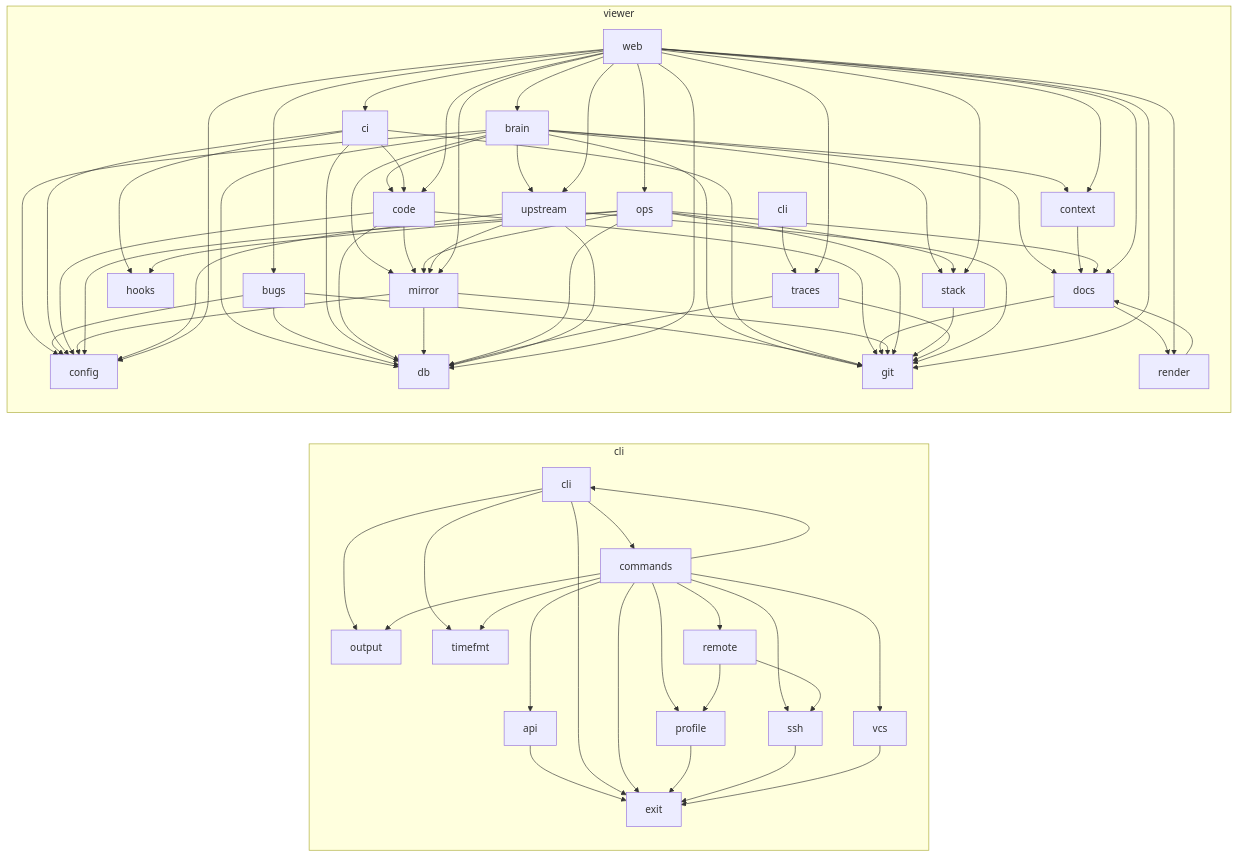
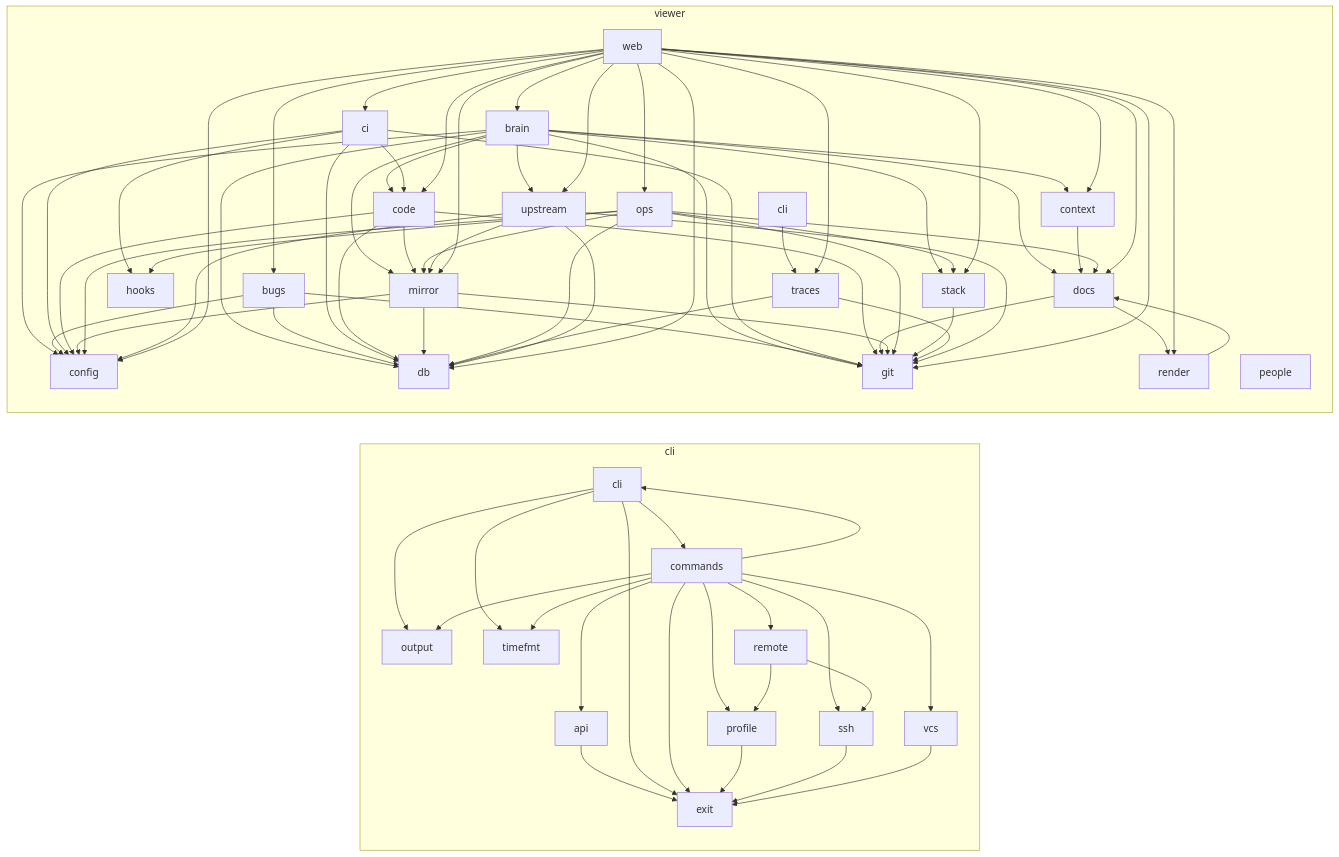
One commit to matthiasdebernardini/nashcode changed the second of 2 diagrams in ARCHITECTURE.md. Above: the diagram before and after it, drawn with Mermaid. The commit also changed 1 other file, not shown here.

Commit message:
SPEC: people — context.toml keeps the runner's settings, the digest lists repos from people.json
Claude-Session: https://claude.ai/code/session_011M4r9BcekQXcyEyVvE33Y6

```diff
--- a/ARCHITECTURE.md
+++ b/ARCHITECTURE.md
@@ -84,6 +84,7 @@
     viewer_hooks[hooks]
     viewer_mirror[mirror]
     viewer_ops[ops]
+    viewer_people[people]
     viewer_render[render]
     viewer_stack[stack]
     viewer_traces[traces]
```
